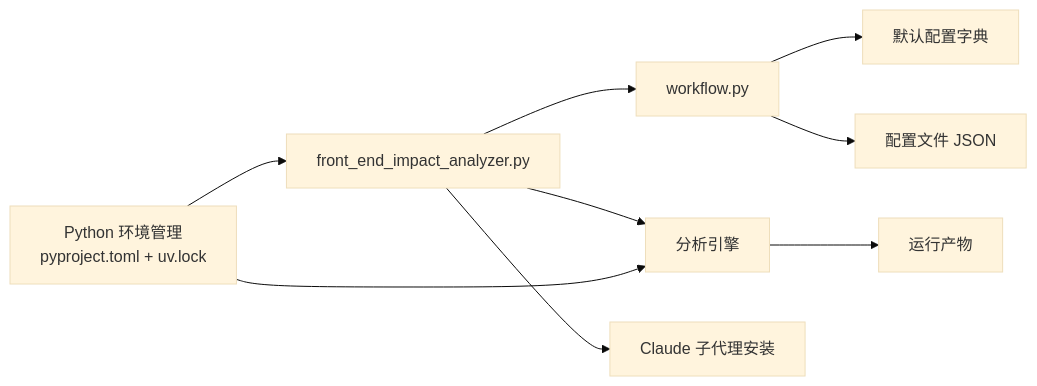
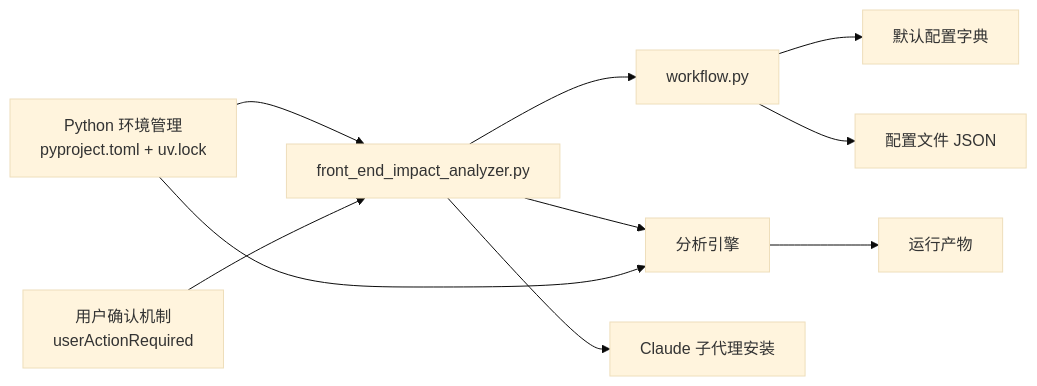
The third of 3 diagrams in .qoder/repowiki/zh/content/API参考/配置选项.md (brand-new-remo/frontend-impact-analyzer), drawn with Mermaid (base theme) before and after one commit. The commit also changed other lines of this file and 4 other files, not shown here.

````diff
--- a/.qoder/repowiki/zh/content/API参考/配置选项.md
+++ b/.qoder/repowiki/zh/content/API参考/配置选项.md
@@ -236,11 +272,12 @@
 ```mermaid
 graph LR
 CLI["front_end_impact_analyzer.py"] --> WF["workflow.py"]
 WF --> CFG["默认配置字典"]
 WF --> FS["配置文件 JSON"]
 CLI --> ENG["分析引擎"]
 ENG --> ART["运行产物"]
 CLI --> AGI["Claude 子代理安装"]
 PY["Python 环境管理<br/>pyproject.toml + uv.lock"] --> CLI
 PY --> ENG
+UA["用户确认机制<br/>userActionRequired"] --> CLI
 ```
````
